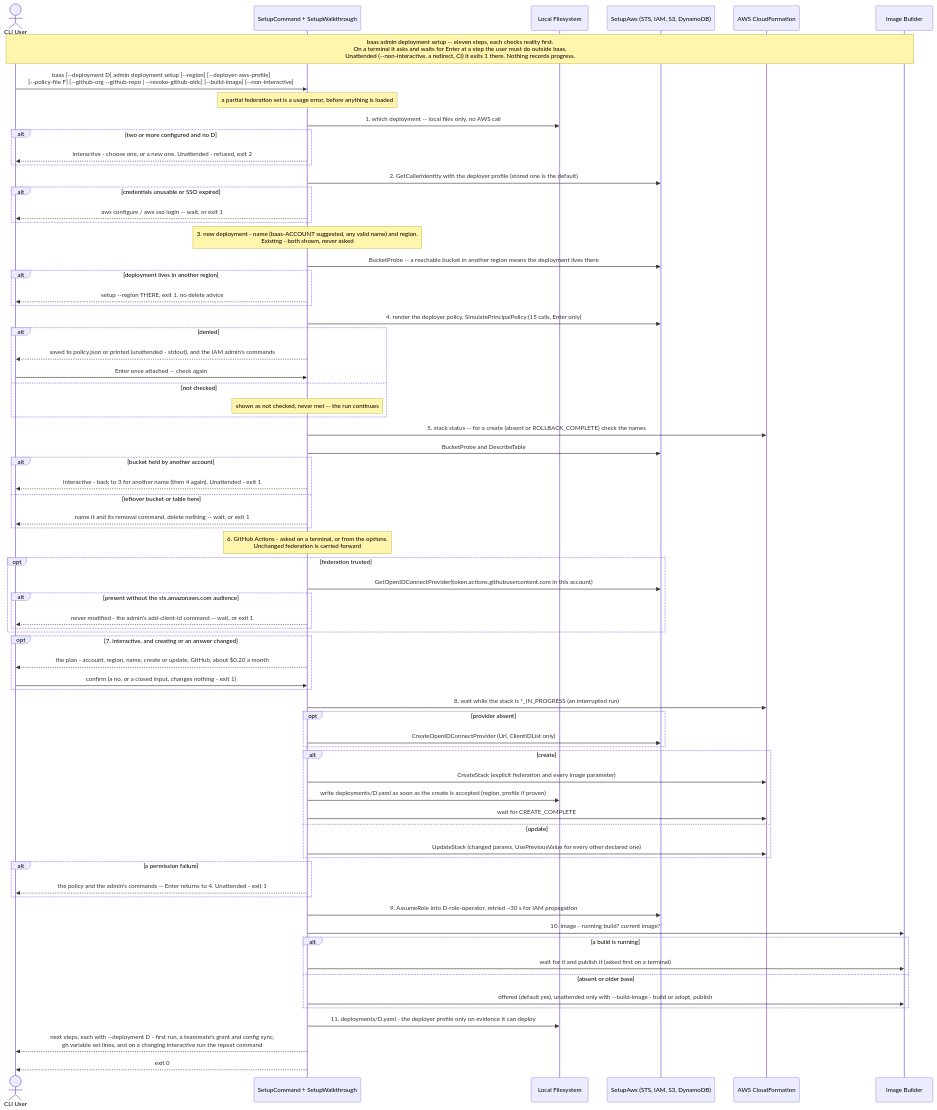
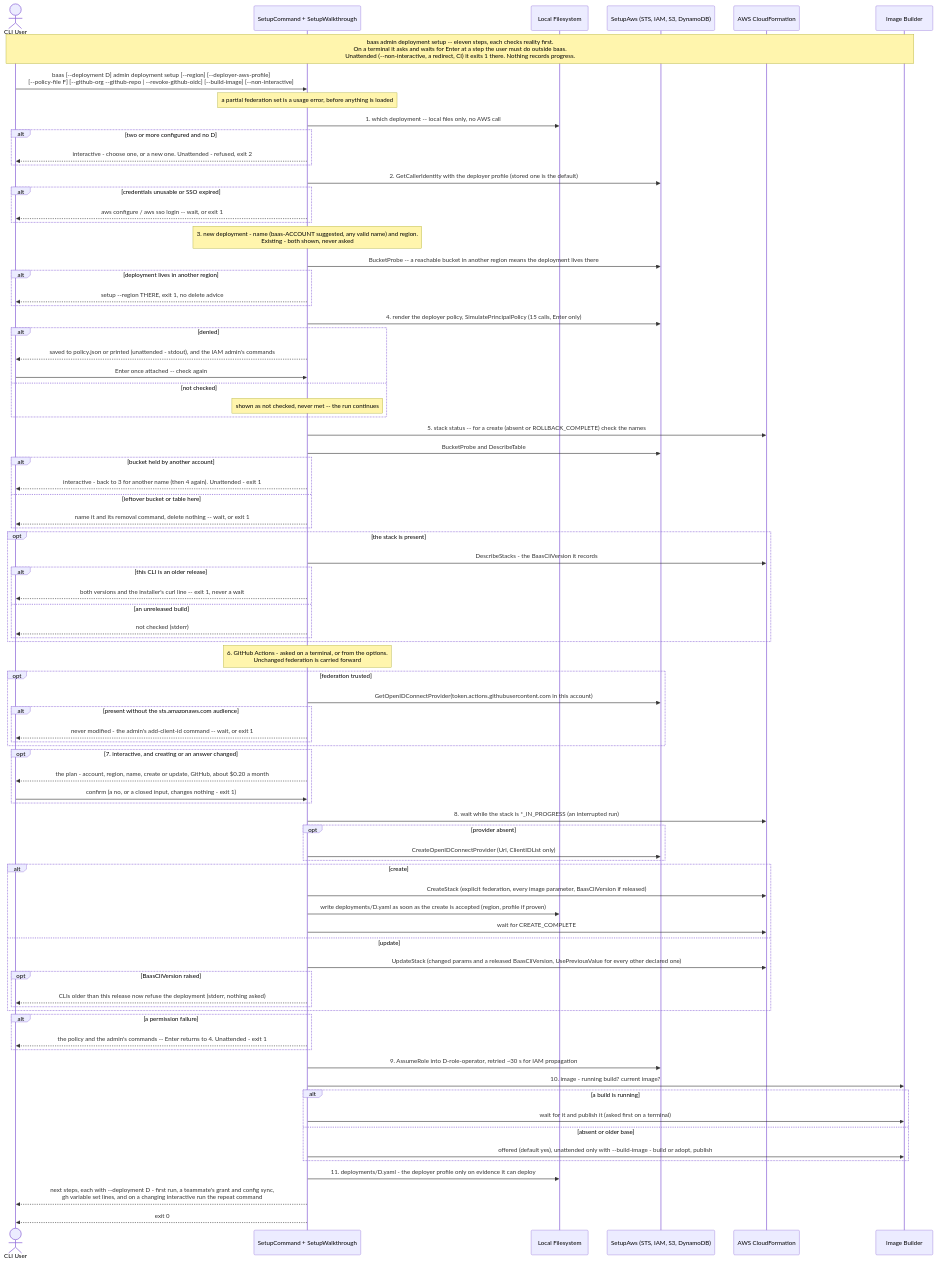
One commit to wsztajerowski/benchmark-as-a-service changed the diagram in docs/diagrams/baas-setup.mmd. Above: the diagram before and after it, drawn with Mermaid. The commit also changed 5 other files, not shown here.

First line of the commit message:
docs: describe the recorded CLI release and updating by the installer

```diff
--- a/docs/diagrams/baas-setup.mmd
+++ b/docs/diagrams/baas-setup.mmd
@@ -1,81 +1,92 @@
 sequenceDiagram
     actor User as CLI User
     participant SC as SetupCommand + SetupWalkthrough
     participant FS as Local Filesystem
     participant AWS as SetupAws (STS, IAM, S3, DynamoDB)
     participant CF as AWS CloudFormation
     participant IB as Image Builder
 
     Note over User,IB: baas admin deployment setup -- eleven steps, each checks reality first.<br/>On a terminal it asks and waits for Enter at a step the user must do outside baas.<br/>Unattended (--non-interactive, a redirect, CI) it exits 1 there. Nothing records progress.
     User->>SC: baas [--deployment D] admin deployment setup [--region] [--deployer-aws-profile]<br/>[--policy-file F] [--github-org --github-repo | --revoke-github-oidc] [--build-image] [--non-interactive]
     Note over SC: a partial federation set is a usage error, before anything is loaded
 
     SC->>FS: 1. which deployment -- local files only, no AWS call
     alt two or more configured and no D
         SC-->>User: interactive - choose one, or a new one. Unattended - refused, exit 2
     end
     SC->>AWS: 2. GetCallerIdentity with the deployer profile (stored one is the default)
     alt credentials unusable or SSO expired
         SC-->>User: aws configure / aws sso login -- wait, or exit 1
     end
     Note over SC: 3. new deployment - name (baas-ACCOUNT suggested, any valid name) and region.<br/>Existing - both shown, never asked
     SC->>AWS: BucketProbe -- a reachable bucket in another region means the deployment lives there
     alt deployment lives in another region
         SC-->>User: setup --region THERE, exit 1, no delete advice
     end
 
     SC->>AWS: 4. render the deployer policy, SimulatePrincipalPolicy (15 calls, Enter only)
     alt denied
         SC-->>User: saved to policy.json or printed (unattended - stdout), and the IAM admin's commands
         User->>SC: Enter once attached -- check again
     else not checked
         Note over SC: shown as not checked, never met -- the run continues
     end
 
     SC->>CF: 5. stack status -- for a create (absent or ROLLBACK_COMPLETE) check the names
     SC->>AWS: BucketProbe and DescribeTable
     alt bucket held by another account
         SC-->>User: interactive - back to 3 for another name (then 4 again). Unattended - exit 1
     else leftover bucket or table here
         SC-->>User: name it and its removal command, delete nothing -- wait, or exit 1
     end
+    opt the stack is present
+        SC->>CF: DescribeStacks - the BaasCliVersion it records
+        alt this CLI is an older release
+            SC-->>User: both versions and the installer's curl line -- exit 1, never a wait
+        else an unreleased build
+            SC-->>User: not checked (stderr)
+        end
+    end
 
     Note over SC: 6. GitHub Actions - asked on a terminal, or from the options.<br/>Unchanged federation is carried forward
     opt federation trusted
         SC->>AWS: GetOpenIDConnectProvider(token.actions.githubusercontent.com in this account)
         alt present without the sts.amazonaws.com audience
             SC-->>User: never modified - the admin's add-client-id command -- wait, or exit 1
         end
     end
 
     opt 7. interactive, and creating or an answer changed
         SC-->>User: the plan - account, region, name, create or update, GitHub, about $0.20 a month
         User->>SC: confirm (a no, or a closed input, changes nothing - exit 1)
     end
 
     SC->>CF: 8. wait while the stack is *_IN_PROGRESS (an interrupted run)
     opt provider absent
         SC->>AWS: CreateOpenIDConnectProvider (Url, ClientIDList only)
     end
     alt create
-        SC->>CF: CreateStack (explicit federation and every image parameter)
+        SC->>CF: CreateStack (explicit federation, every image parameter, BaasCliVersion if released)
         SC->>FS: write deployments/D.yaml as soon as the create is accepted (region, profile if proven)
         SC->>CF: wait for CREATE_COMPLETE
     else update
-        SC->>CF: UpdateStack (changed params, UsePreviousValue for every other declared one)
+        SC->>CF: UpdateStack (changed params and a released BaasCliVersion, UsePreviousValue for every other declared one)
+        opt BaasCliVersion raised
+            SC-->>User: CLIs older than this release now refuse the deployment (stderr, nothing asked)
+        end
     end
     alt a permission failure
         SC-->>User: the policy and the admin's commands -- Enter returns to 4. Unattended - exit 1
     end
 
     SC->>AWS: 9. AssumeRole into D-role-operator, retried ~30 s for IAM propagation
     SC->>IB: 10. image - running build? current image?
     alt a build is running
         SC->>IB: wait for it and publish it (asked first on a terminal)
     else absent or older base
         SC->>IB: offered (default yes), unattended only with --build-image - build or adopt, publish
     end
 
     SC->>FS: 11. deployments/D.yaml - the deployer profile only on evidence it can deploy
     SC-->>User: next steps, each with --deployment D - first run, a teammate's grant and config sync,<br/>gh variable set lines, and on a changing interactive run the repeat command
     SC-->>User: exit 0
```
